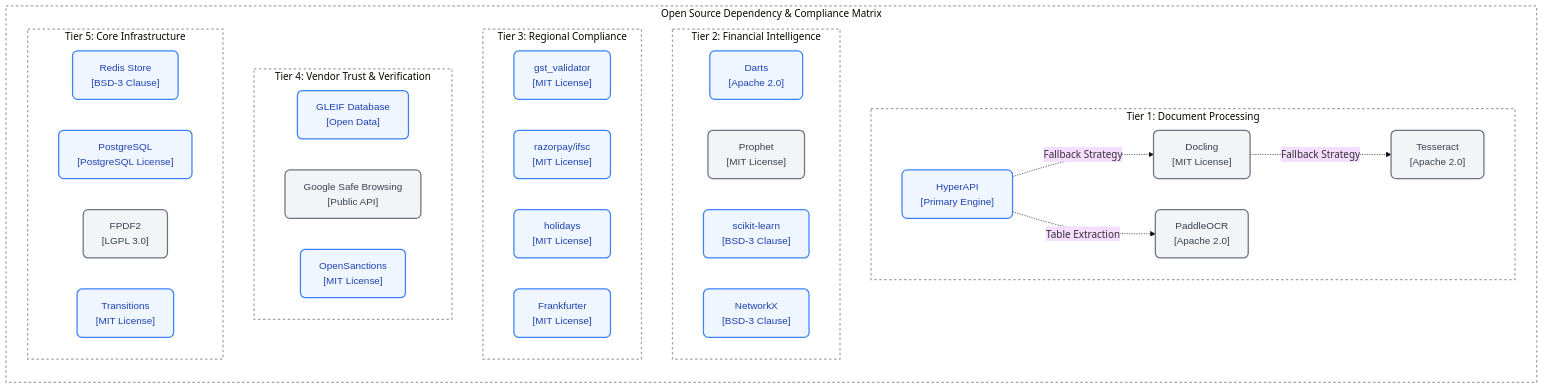
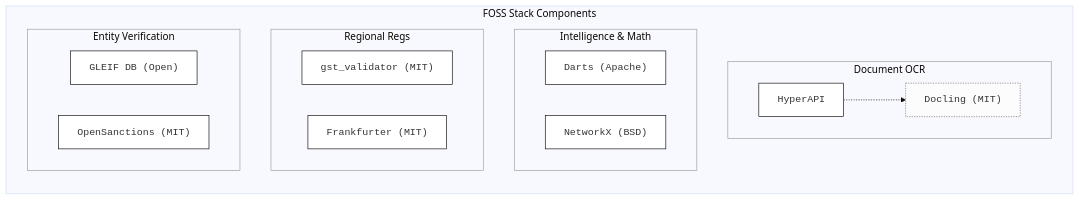
Before and after one commit to guglxni/VyapaarClaw: the fourth of 4 diagrams in docs/ARCHITECTURE.md, drawn with Mermaid (base theme). The commit also changed other lines of this file and 8 other files, not shown here.

Commit message:
docs: redesign diagrams to be scientific and compact

````diff
--- a/docs/ARCHITECTURE.md
+++ b/docs/ARCHITECTURE.md
@@ -274,52 +145,32 @@
 ```mermaid
 graph TD
-    %% Professional Component Styling
-    classDef default fill:#FFFFFF,stroke:#333333,stroke-width:2px,color:#333333,font-family:sans-serif;
-    classDef primary fill:#EFF6FF,stroke:#3B82F6,color:#1E40AF,rx:8,ry:8,stroke-width:2px;
-    classDef secondary fill:#F3F4F6,stroke:#6B7280,color:#374151,rx:8,ry:8,stroke-width:2px;
-    classDef tier fill:none,stroke:#9CA3AF,stroke-width:2px,stroke-dasharray: 4 4;
+    %% Scientific Component Stack
+    classDef p_node fill:#fff,stroke:#000,stroke-width:1px,font-family:monospace;
+    classDef s_node fill:#fcfcfc,stroke:#666,stroke-width:1px,stroke-dasharray: 2 2,font-family:monospace;
+    classDef stack fill:none,stroke:#999,stroke-width:1px;
 
-    subgraph MatrixBoundary[Open Source Dependency & Compliance Matrix]
+    subgraph FOSS ["FOSS Stack Components"]
         direction TB
         
-        subgraph Layer1[Tier 1: Document Processing]
-            HA["HyperAPI<br/>[Primary Engine]"]:::primary
-            DOC["Docling<br/>[MIT License]"]:::secondary
-            TESS["Tesseract<br/>[Apache 2.0]"]:::secondary
-            POCR["PaddleOCR<br/>[Apache 2.0]"]:::secondary
-            
-            HA -.->|Fallback Strategy| DOC
-            DOC -.->|Fallback Strategy| TESS
-            HA -.->|Table Extraction| POCR
+        subgraph L1 ["Document OCR"]
+            HA["HyperAPI"]:::p_node -.-> DOC["Docling (MIT)"]:::s_node
         end
-
-        subgraph Layer2[Tier 2: Financial Intelligence]
-            DARTS["Darts<br/>[Apache 2.0]"]:::primary
-            PROPHET["Prophet<br/>[MIT License]"]:::secondary
-            SKLEARN["scikit-learn<br/>[BSD-3 Clause]"]:::primary
-            NX["NetworkX<br/>[BSD-3 Clause]"]:::primary
+        
+        subgraph L2 ["Intelligence & Math"]
+            DART["Darts (Apache)"]:::p_node
+            NX["NetworkX (BSD)"]:::p_node
         end
-
-        subgraph Layer3[Tier 3: Regional Compliance]
-            GSTV["gst_validator<br/>[MIT License]"]:::primary
-            IFSC["razorpay/ifsc<br/>[MIT License]"]:::primary
-            HOL["holidays<br/>[MIT License]"]:::primary
-            FRANK["Frankfurter<br/>[MIT License]"]:::primary
+        
+        subgraph L3 ["Regional Regs"]
+            GST["gst_validator (MIT)"]:::p_node
+            FX["Frankfurter (MIT)"]:::p_node
         end
-
-        subgraph Layer4[Tier 4: Vendor Trust & Verification]
-            GLEIF2["GLEIF Database<br/>[Open Data]"]:::primary
-            SB["Google Safe Browsing<br/>[Public API]"]:::secondary
-            OS["OpenSanctions<br/>[MIT License]"]:::primary
-        end
-
-        subgraph Layer5[Tier 5: Core Infrastructure]
-            REDIS["Redis Store<br/>[BSD-3 Clause]"]:::primary
-            PG["PostgreSQL<br/>[PostgreSQL License]"]:::primary
-            FPDF["FPDF2<br/>[LGPL 3.0]"]:::secondary
-            TRANS["Transitions<br/>[MIT License]"]:::primary
+        
+        subgraph L4 ["Entity Verification"]
+            GL["GLEIF DB (Open)"]:::p_node
+            OS["OpenSanctions (MIT)"]:::p_node
         end
     end
 
-    class MatrixBoundary,Layer1,Layer2,Layer3,Layer4,Layer5 tier
+    class L1,L2,L3,L4 stack
 ```
````
